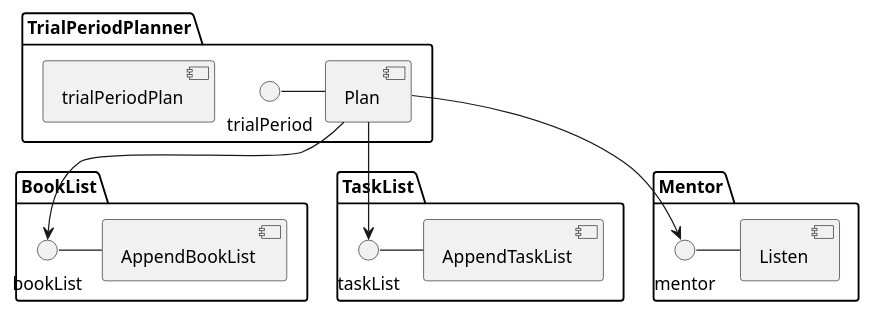
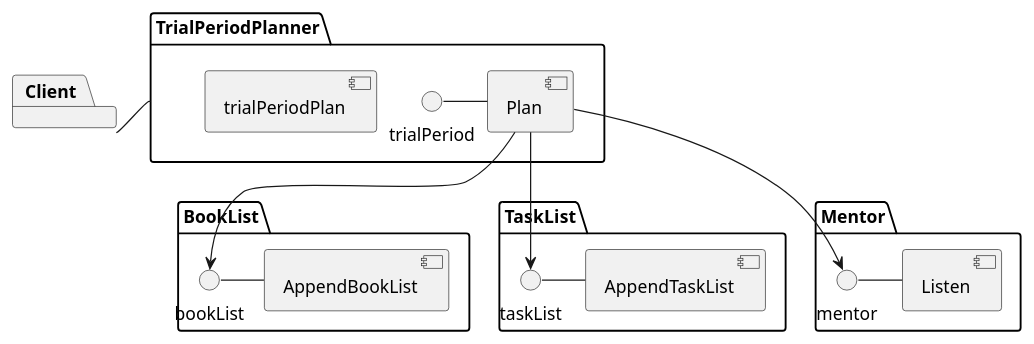
The diagram in doc/facade/component_facade.puml (sabrusrin/wildberries), drawn with PlantUML before and after one commit.

```diff
--- a/doc/facade/component_facade.puml
+++ b/doc/facade/component_facade.puml
@@ -1,24 +1,28 @@
 @startuml
 
+package "Client"{
+}
+
 package "TrialPeriodPlanner" {
+Client - TrialPeriodPlanner
 trialPeriod - [Plan]
 [trialPeriodPlan]
 }
 
 package "BookList" {
 bookList - [AppendBookList]
 
 [Plan] --> bookList
 }
 
 package "TaskList" {
 taskList - [AppendTaskList]
 [Plan] --> taskList
 }
 
 package "Mentor" {
 mentor - [Listen]
 [Plan] --> mentor
 }
 
 @enduml
```
